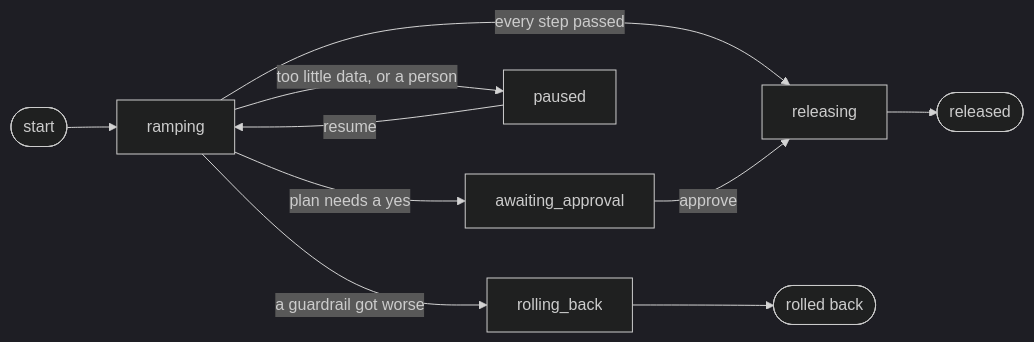
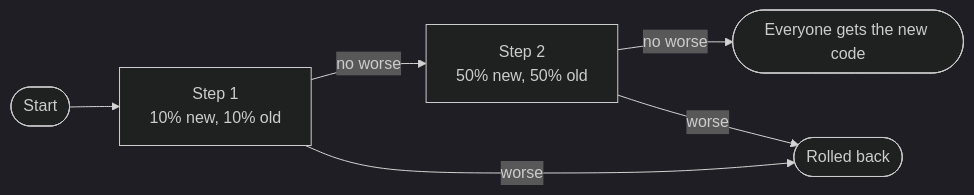
One commit to dholliday3/open-rollout changed the diagram in README.md. Above: the diagram before and after it, drawn with Mermaid (dark theme). The commit also changed other lines of this file and 1 other file, not shown here.

Commit message:
Simplify the README diagram and wrap long sample lines

````diff
--- a/README.md
+++ b/README.md
@@ -96,9 +107,8 @@
 ```mermaid
 flowchart LR
-  start([start]) --> ramping
-  ramping -->|every step passed| releasing --> released([released])
-  ramping -->|a guardrail got worse| rolling_back --> rolled_back([rolled back])
-  ramping -->|too little data, or a person| paused
-  paused -->|resume| ramping
-  ramping -->|plan needs a yes| awaiting_approval -->|approve| releasing
+  start([Start]) --> s1["Step 1<br/>10% new, 10% old"]
+  s1 -->|no worse| s2["Step 2<br/>50% new, 50% old"]
+  s2 -->|no worse| done([Everyone gets the new code])
+  s1 -->|worse| back([Rolled back])
+  s2 -->|worse| back
 ```
````
